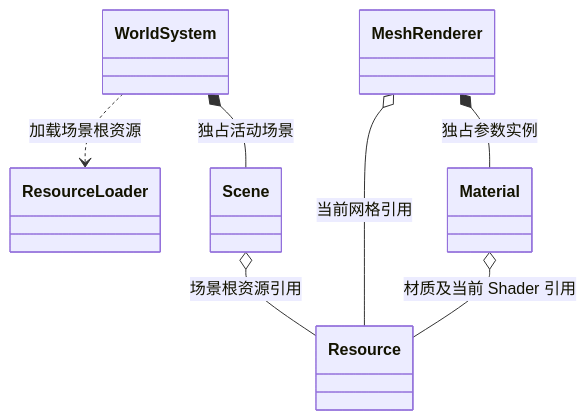
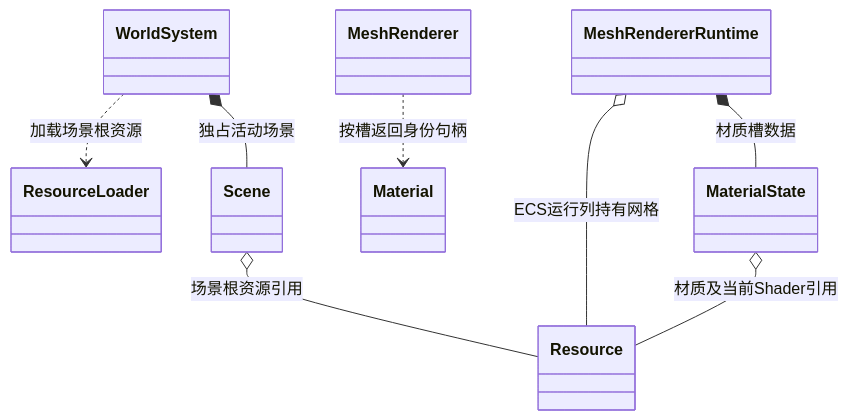
The fourth of 8 diagrams in docs/runtime/class-diagrams/resource-system.md (lcals/Engine), drawn with Mermaid before and after one commit. The commit also changed 291 other files, not shown here.

````diff
--- a/docs/runtime/class-diagrams/resource-system.md
+++ b/docs/runtime/class-diagrams/resource-system.md
@@ -96,16 +96,19 @@
 ```mermaid
 classDiagram
     direction TB
     class WorldSystem
     class Scene
     class MeshRenderer
     class Material
     class ResourceLoader
     class Resource
     WorldSystem ..> ResourceLoader : 加载场景根资源
     WorldSystem *-- Scene : 独占活动场景
     Scene o-- Resource : 场景根资源引用
-    MeshRenderer o-- Resource : 当前网格引用
-    MeshRenderer *-- Material : 独占参数实例
-    Material o-- Resource : 材质及当前 Shader 引用
+    class MeshRendererRuntime
+    class MaterialState
+    MeshRenderer ..> Material : 按槽返回身份句柄
+    MeshRendererRuntime o-- Resource : ECS运行列持有网格
+    MeshRendererRuntime *-- MaterialState : 材质槽数据
+    MaterialState o-- Resource : 材质及当前Shader引用
 ```
````
